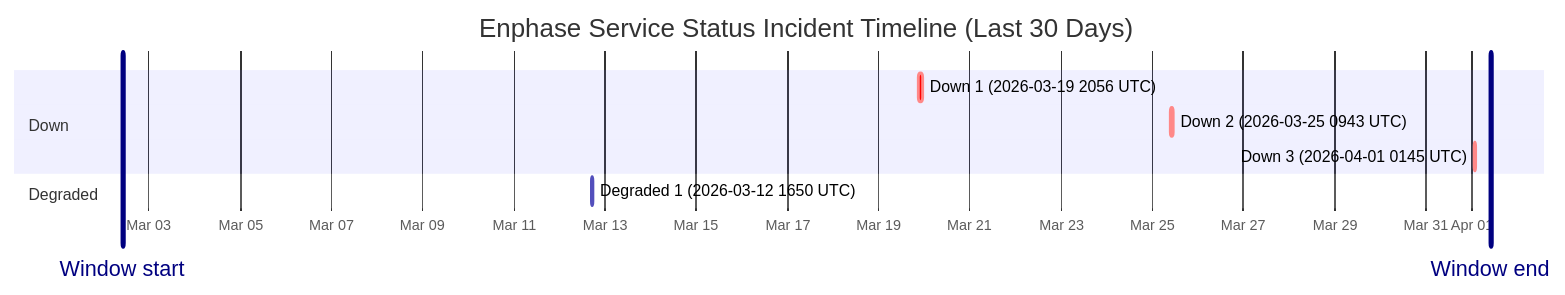
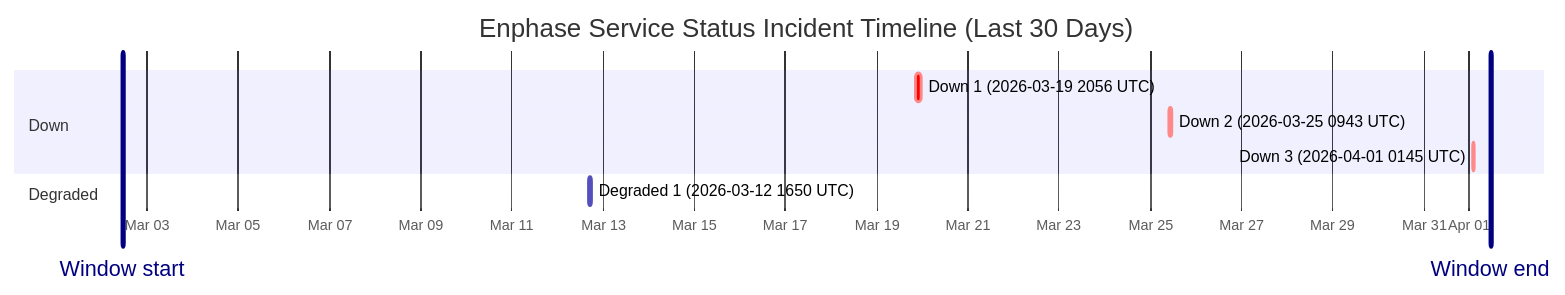
One commit to barneyonline/ha-enphase-ev-charger changed the diagram in wiki/Service-Status-History.md. Above: the diagram before and after it, drawn with Mermaid. The commit also changed other lines of this file and 3 other files, not shown here.

````diff
--- a/wiki/Service-Status-History.md
+++ b/wiki/Service-Status-History.md
@@ -14,14 +14,14 @@
 ```mermaid
 gantt
     title Enphase Service Status Incident Timeline (Last 30 Days)
     dateFormat  YYYY-MM-DDTHH:mm:ss
     axisFormat  %b %d
-    Window start :vert, window-start, 2026-03-02T09:59:20, 0ms
-    Window end :vert, window-end, 2026-04-01T09:59:20, 0ms
+    Window start :vert, window-start, 2026-03-02T10:59:41, 0ms
+    Window end :vert, window-end, 2026-04-01T10:59:41, 0ms
     section Down
     Down 1 (2026-03-19 2056 UTC) :crit, down-1, 2026-03-19T20:56:20, 145m
     Down 2 (2026-03-25 0943 UTC) :crit, down-2, 2026-03-25T09:43:28, 111m
     Down 3 (2026-04-01 0145 UTC) :crit, down-3, 2026-04-01T01:45:09, 60m
     section Degraded
     Degraded 1 (2026-03-12 1650 UTC) :active, degraded-1, 2026-03-12T16:50:43, 60m
 ```
````
